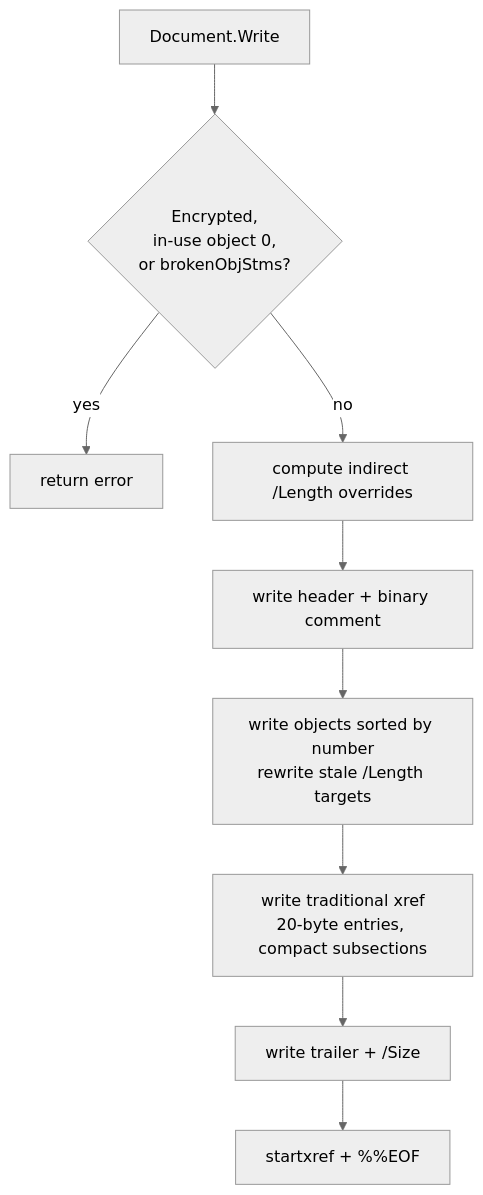
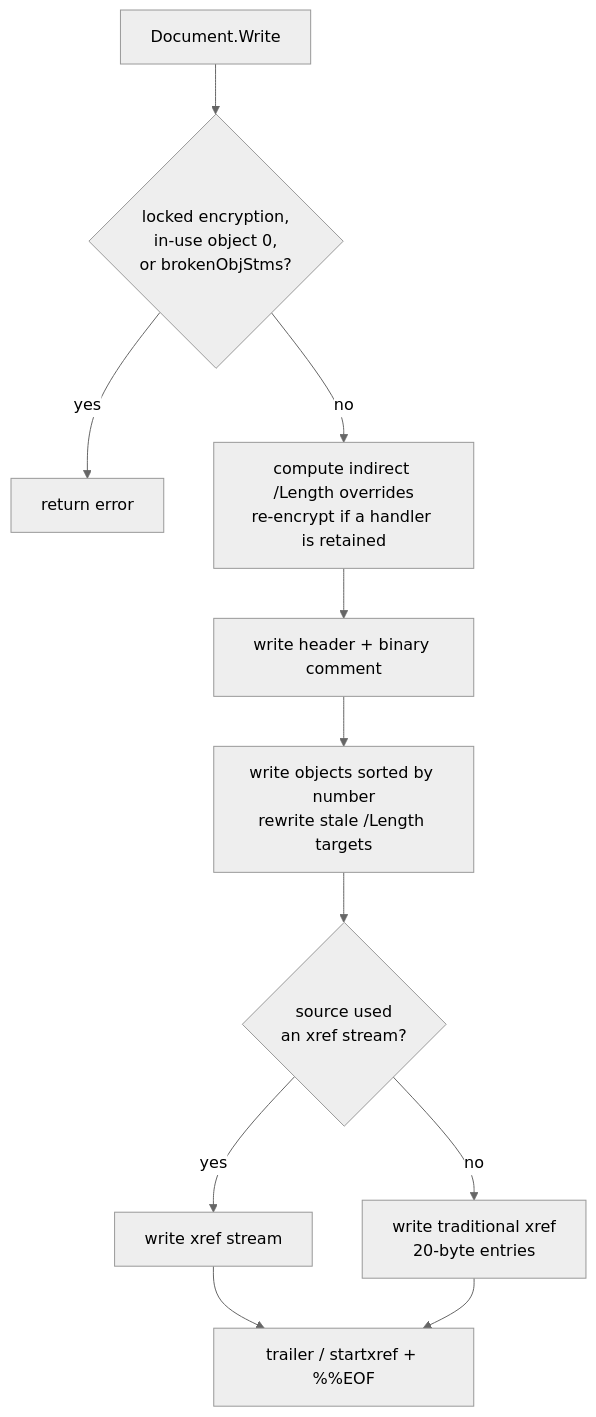
Before and after one commit to mgilbir/pdf0: the second of 3 diagrams in docs/architecture.md, drawn with Mermaid (neutral theme). The commit also changed other lines of this file and 11 other files, not shown here.

````diff
--- a/docs/architecture.md
+++ b/docs/architecture.md
@@ -59,11 +61,13 @@
 ```mermaid
 flowchart TD
-    A[Document.Write] --> B{Encrypted,<br/>in-use object 0,<br/>or brokenObjStms?}
+    A[Document.Write] --> B{locked encryption,<br/>in-use object 0,<br/>or brokenObjStms?}
     B -->|yes| X[return error]
-    B -->|no| C[compute indirect /Length overrides]
+    B -->|no| C[compute indirect /Length overrides<br/>re-encrypt if a handler is retained]
     C --> D[write header + binary comment]
     D --> E[write objects sorted by number<br/>rewrite stale /Length targets]
-    E --> F[write traditional xref<br/>20-byte entries, compact subsections]
-    F --> G[write trailer + /Size]
-    G --> H[startxref + %%EOF]
+    E --> F{source used<br/>an xref stream?}
+    F -->|yes| G1[write xref stream]
+    F -->|no| G2[write traditional xref<br/>20-byte entries]
+    G1 --> H[trailer / startxref + %%EOF]
+    G2 --> H
 ```
````
